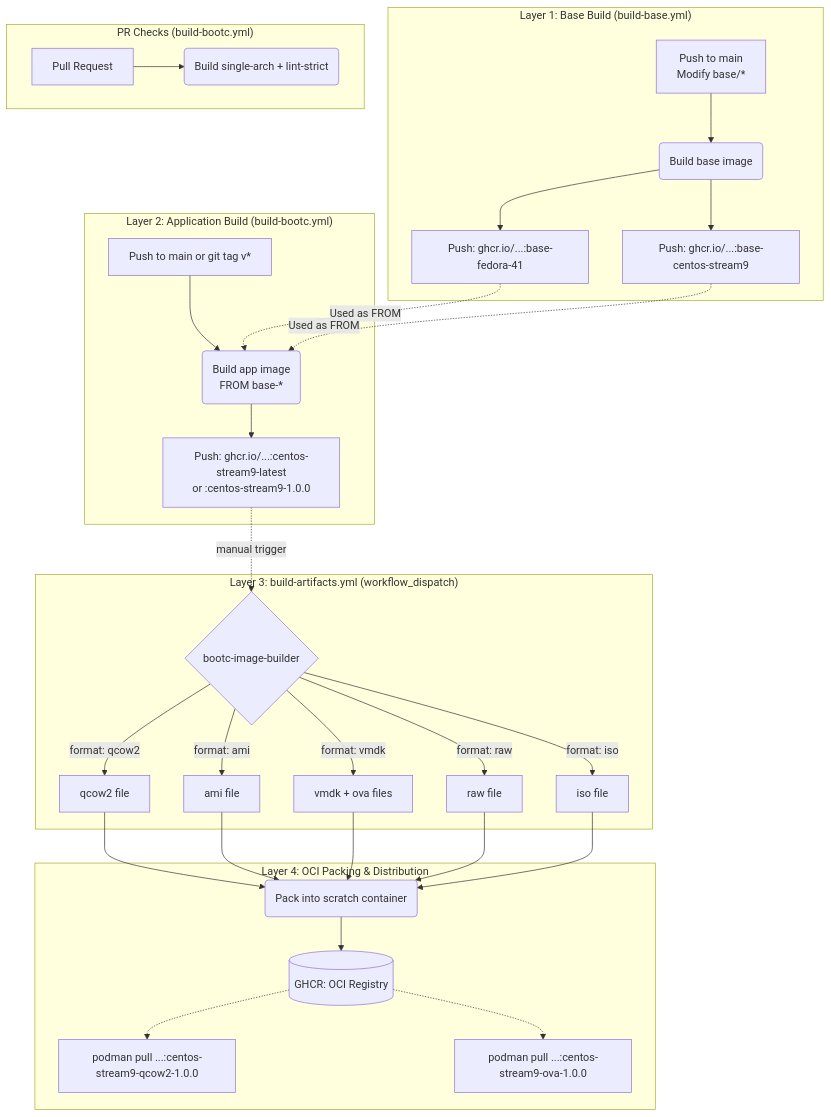
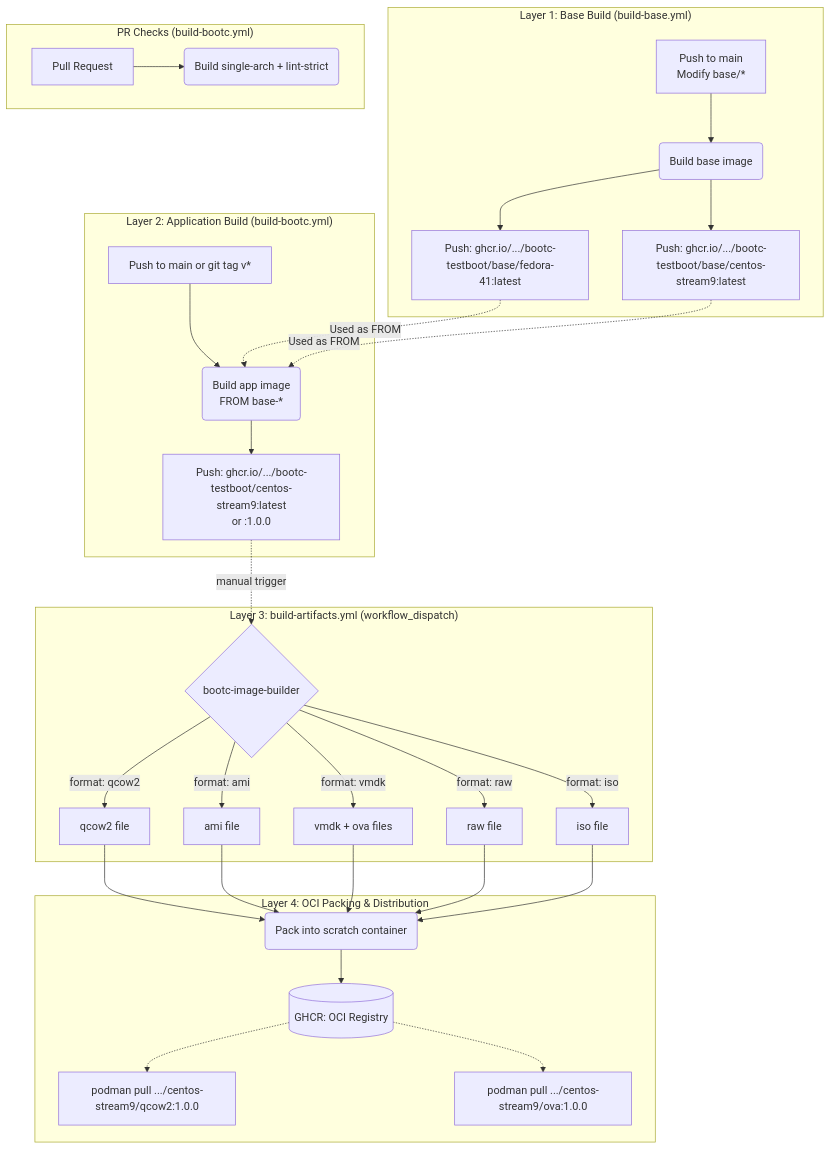
The second of 2 diagrams in README.md (duyhenryer/bootc-testboot), drawn with Mermaid before and after one commit. The commit also changed other lines of this file and 17 other files, not shown here.

````diff
--- a/README.md
+++ b/README.md
@@ -109,41 +109,41 @@
 ```mermaid
 graph TD
     subgraph L1["Layer 1: Base Build (build-base.yml)"]
         A[Push to main<br>Modify base/*] --> B(Build base image)
-        B --> C[Push: ghcr.io/...:base-fedora-41]
-        B --> D[Push: ghcr.io/...:base-centos-stream9]
+        B --> C[Push: ghcr.io/.../bootc-testboot/base/fedora-41:latest]
+        B --> D[Push: ghcr.io/.../bootc-testboot/base/centos-stream9:latest]
     end
 
     subgraph L2["Layer 2: Application Build (build-bootc.yml)"]
         E[Push to main or git tag v*] --> F(Build app image<br>FROM base-*)
-        F --> G["Push: ghcr.io/...:centos-stream9-latest\nor :centos-stream9-1.0.0"]
+        F --> G["Push: ghcr.io/.../bootc-testboot/centos-stream9:latest\nor :1.0.0"]
     end
 
     subgraph PR["PR Checks (build-bootc.yml)"]
         PR1[Pull Request] --> PR2(Build single-arch + lint-strict)
     end
 
     subgraph L3["Layer 3: build-artifacts.yml (workflow_dispatch)"]
         G -. manual trigger .-> H{bootc-image-builder}
         H -->|format: qcow2| I[qcow2 file]
         H -->|format: ami| J[ami file]
         H -->|format: vmdk| K[vmdk + ova files]
         H -->|format: raw| L[raw file]
         H -->|format: iso| M[iso file]
     end
 
     subgraph L4["Layer 4: OCI Packing & Distribution"]
         I --> N(Pack into scratch container)
         J --> N
         K --> N
         L --> N
         M --> N
         N --> O[(GHCR: OCI Registry)]
 
-        O -.-> P["podman pull ...:centos-stream9-qcow2-1.0.0"]
-        O -.-> Q["podman pull ...:centos-stream9-ova-1.0.0"]
+        O -.-> P["podman pull .../centos-stream9/qcow2:1.0.0"]
+        O -.-> Q["podman pull .../centos-stream9/ova:1.0.0"]
     end
 
     C -.->|Used as FROM| F
     D -.->|Used as FROM| F
 ```
````
